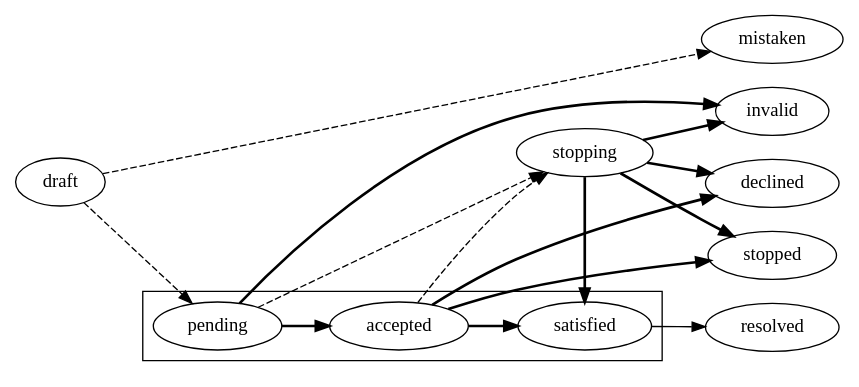
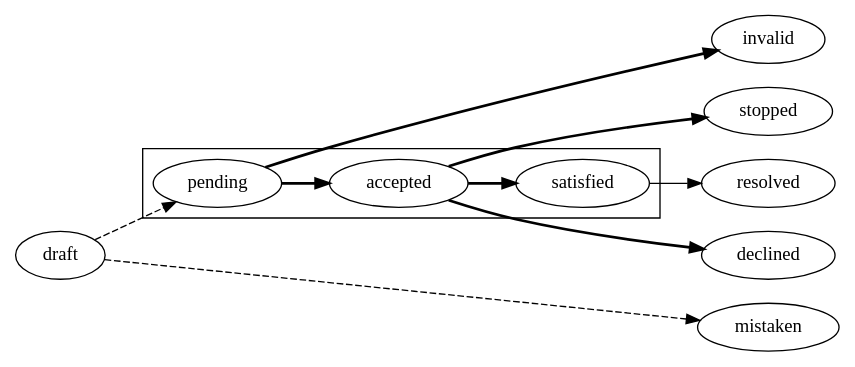
Before and after one commit to ProzorroUKR/openprocurement.api: the third of 3 diagrams in docs/source/tendering/basic-actions/complaints.rst, drawn with Graphviz. The commit also changed 10 other files, not shown here.

```diff
--- a/docs/source/tendering/basic-actions/complaints.rst
+++ b/docs/source/tendering/basic-actions/complaints.rst
@@ -190,18 +190,15 @@
 .. graphviz::
 
     digraph G {
         rankdir=LR;
         {rank=same; mistaken; invalid; resolved; declined; stopped;}
         subgraph cluster_complaint {
             pending; satisfied; accepted;
         }
         satisfied -> resolved;
         edge[style=dashed];
         draft -> {pending,mistaken};
-        pending -> stopping;
-        accepted -> stopping;
         edge[style=bold];
         accepted -> {declined,satisfied,stopped};
         pending -> {accepted,invalid};
-        stopping -> {stopped,invalid,declined,satisfied};
     }
```
